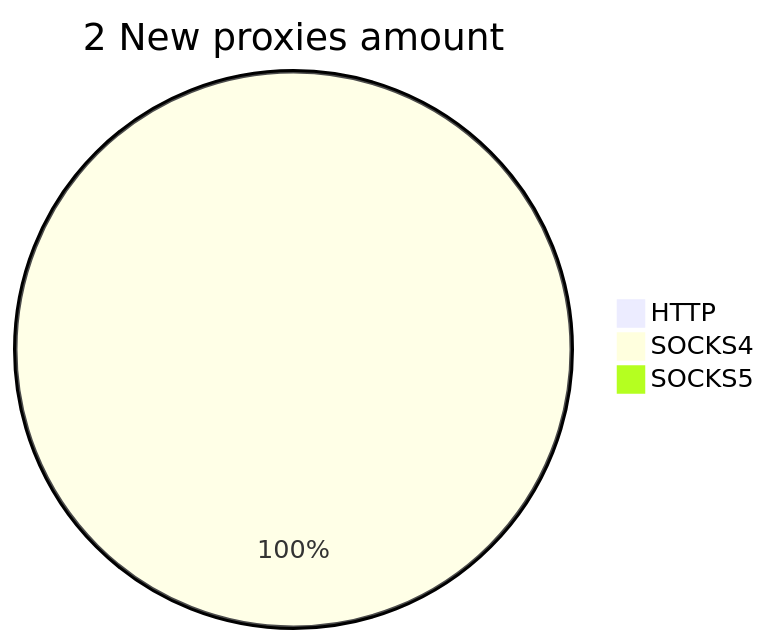
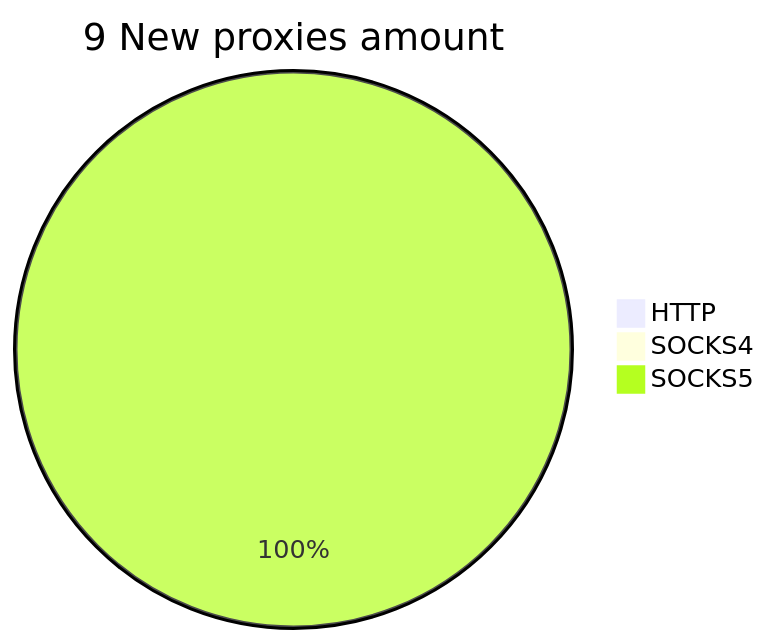
Before and after one commit to cutipu/proxylist: the second of 2 diagrams in README.md, drawn with Mermaid. The commit also changed other lines of this file, not shown here.

````diff
--- a/README.md
+++ b/README.md
@@ -10,6 +10,6 @@
 ```mermaid
-pie title 2 New proxies amount
+pie title 9 New proxies amount
     "HTTP" : 0
-    "SOCKS4" : 3
-    "SOCKS5" : 0
+    "SOCKS4" : 0
+    "SOCKS5" : 13
 ```
````
